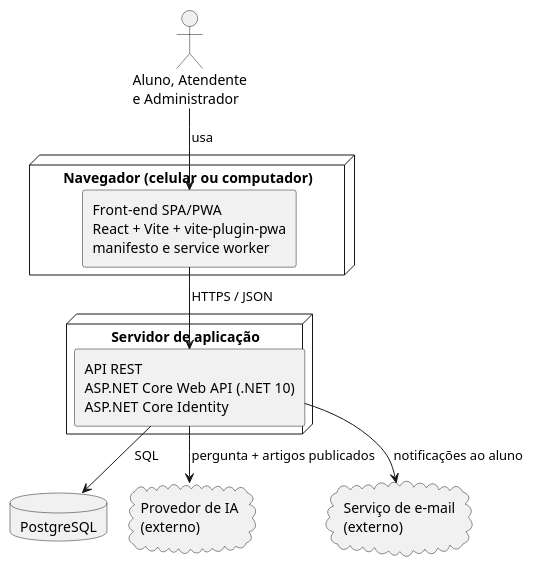
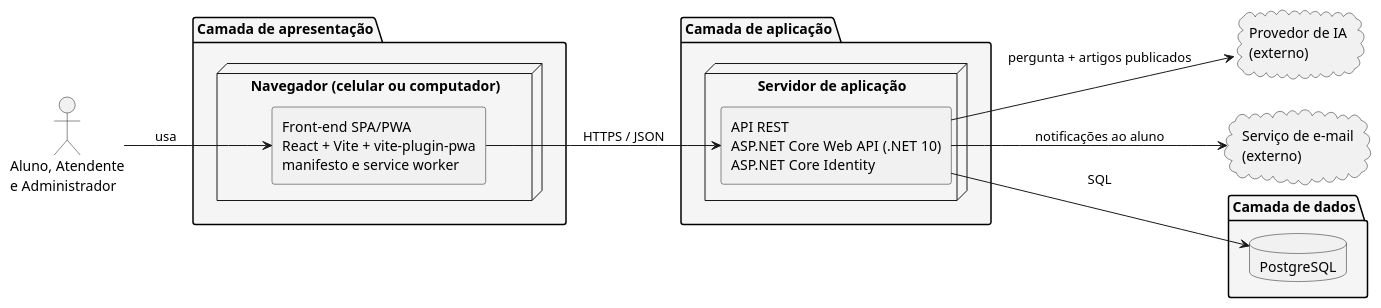
The diagram in docs/figuras/arquitetura.puml (Bitforgee/One), drawn with PlantUML before and after one commit. The commit also changed 2 other files, not shown here.

Commit message:
docs(figuras): redraw proposed architecture in layers

```diff
--- a/docs/figuras/arquitetura.puml
+++ b/docs/figuras/arquitetura.puml
@@ -1,25 +1,32 @@
 @startuml arquitetura
-!pragma layout smetana
 skinparam shadowing false
 skinparam componentStyle rectangle
+left to right direction
 
 actor "Aluno, Atendente\ne Administrador" as Usuario
 
-node "Navegador (celular ou computador)" {
-  component "Front-end SPA/PWA\nReact + Vite + vite-plugin-pwa\nmanifesto e service worker" as Frontend
+package "Camada de apresentação" #F5F5F5 {
+  node "Navegador (celular ou computador)" {
+    component "Front-end SPA/PWA\nReact + Vite + vite-plugin-pwa\nmanifesto e service worker" as Frontend
+  }
 }
 
-node "Servidor de aplicação" {
-  component "API REST\nASP.NET Core Web API (.NET 10)\nASP.NET Core Identity" as Api
+package "Camada de aplicação" #F5F5F5 {
+  node "Servidor de aplicação" {
+    component "API REST\nASP.NET Core Web API (.NET 10)\nASP.NET Core Identity" as Api
+  }
 }
 
-database "PostgreSQL" as Banco
+package "Camada de dados" #F5F5F5 {
+  database "PostgreSQL" as Banco
+}
+
 cloud "Provedor de IA\n(externo)" as IA
 cloud "Serviço de e-mail\n(externo)" as Email
 
 Usuario --> Frontend : usa
 Frontend --> Api : HTTPS / JSON
 Api --> Banco : SQL
 Api --> IA : pergunta + artigos publicados
 Api --> Email : notificações ao aluno
 @enduml
```
